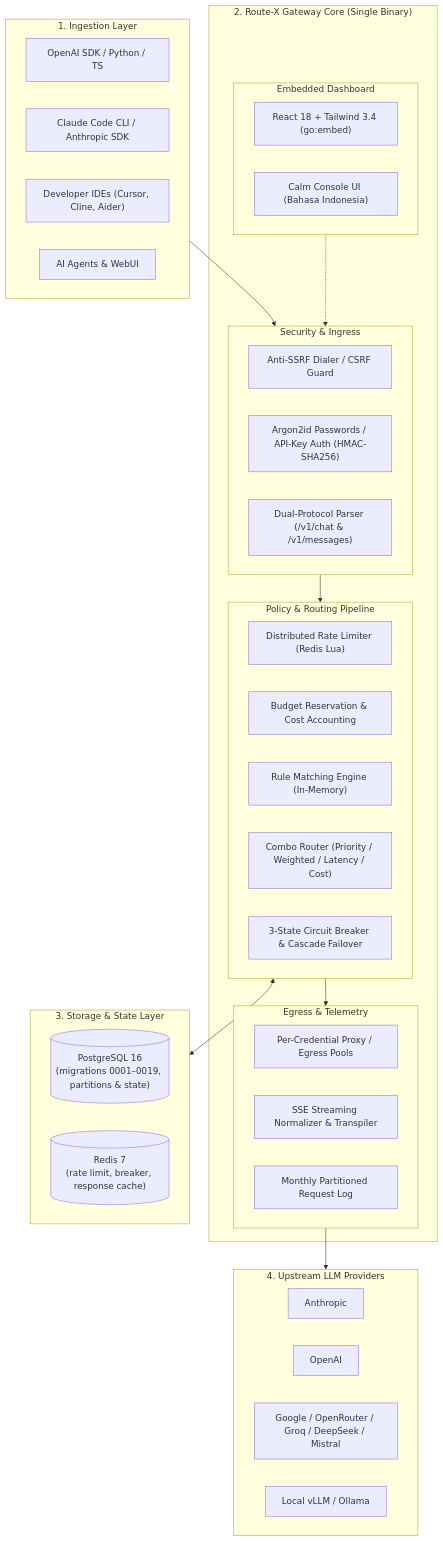
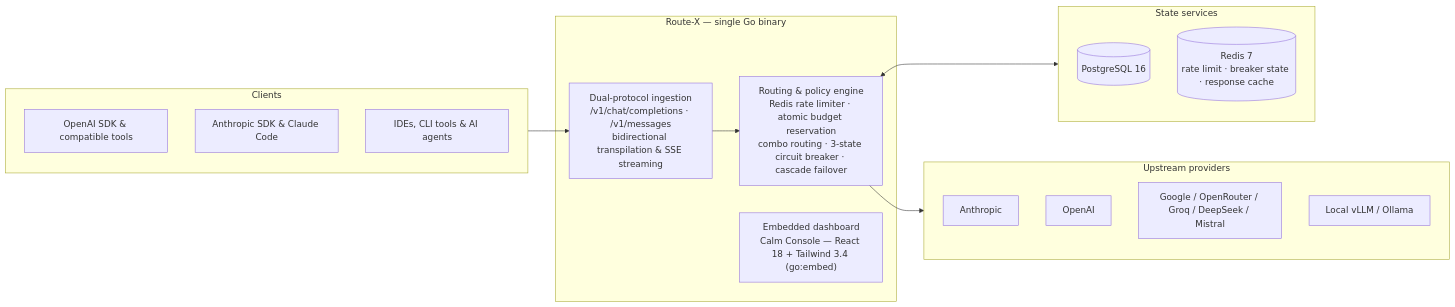
The diagram in README.md (NexGen-X/Route-X), drawn with Mermaid before and after one commit. The commit also changed other lines of this file and 2 other files, not shown here.

Commit message:
docs: restyle README (hero + banner AI + grid fitur + diagram ringkas), fakta tidak berubah (#237)

````diff
--- a/README.md
+++ b/README.md
@@ -233,55 +333,31 @@
 ```mermaid
-flowchart TD
-    subgraph Clients["1. Ingestion Layer"]
-        C1["OpenAI SDK / Python / TS"]
-        C2["Claude Code CLI / Anthropic SDK"]
-        C3["Developer IDEs (Cursor, Cline, Aider)"]
-        C4["AI Agents & WebUI"]
+flowchart LR
+    subgraph Clients["Clients"]
+        C1["OpenAI SDK & compatible tools"]
+        C2["Anthropic SDK & Claude Code"]
+        C3["IDEs, CLI tools & AI agents"]
     end
 
-    subgraph Gateway["2. Route-X Gateway Core (Single Binary)"]
-        subgraph Ingress["Security & Ingress"]
-            I1["Anti-SSRF Dialer / CSRF Guard"]
-            I2["Argon2id Passwords / API-Key Auth (HMAC-SHA256)"]
-            I3["Dual-Protocol Parser (/v1/chat & /v1/messages)"]
-        end
-
-        subgraph Engine["Policy & Routing Pipeline"]
-            R1["Distributed Rate Limiter (Redis Lua)"]
-            R2["Budget Reservation & Cost Accounting"]
-            R3["Rule Matching Engine (In-Memory)"]
-            R4["Combo Router (Priority / Weighted / Latency / Cost)"]
-            R5["3-State Circuit Breaker & Cascade Failover"]
-        end
-
-        subgraph Egress["Egress & Telemetry"]
-            E1["Per-Credential Proxy / Egress Pools"]
-            E2["SSE Streaming Normalizer & Transpiler"]
-            E3["Monthly Partitioned Request Log"]
-        end
-
-        subgraph UI["Embedded Dashboard"]
-            U1["React 18 + Tailwind 3.4 (go:embed)"]
-            U2["Calm Console UI (Bahasa Indonesia)"]
-        end
+    subgraph RouteX["Route-X — single Go binary"]
+        IN["Dual-protocol ingestion<br/>/v1/chat/completions · /v1/messages<br/>bidirectional transpilation & SSE streaming"]
+        ENG["Routing & policy engine<br/>Redis rate limiter · atomic budget reservation<br/>combo routing · 3-state circuit breaker · cascade failover"]
+        DASH["Embedded dashboard<br/>Calm Console — React 18 + Tailwind 3.4 (go:embed)"]
+        IN --> ENG
     end
 
-    subgraph State["3. Storage & State Layer"]
-        DB[("PostgreSQL 16\n(migrations 0001–0019, partitions & state)")]
-        RD[("Redis 7\n(rate limit, breaker, response cache)")]
+    subgraph State["State services"]
+        DB[("PostgreSQL 16")]
+        RD[("Redis 7<br/>rate limit · breaker state · response cache")]
     end
 
-    subgraph Upstreams["4. Upstream LLM Providers"]
+    subgraph Upstreams["Upstream providers"]
         P1["Anthropic"]
         P2["OpenAI"]
         P3["Google / OpenRouter / Groq / DeepSeek / Mistral"]
         P4["Local vLLM / Ollama"]
     end
 
-    Clients --> Ingress
-    Ingress --> Engine
-    Engine <--> State
-    Engine --> Egress
-    Egress --> Upstreams
-    UI -.-> Ingress
+    Clients --> IN
+    ENG <--> State
+    ENG --> Upstreams
 ```
````
